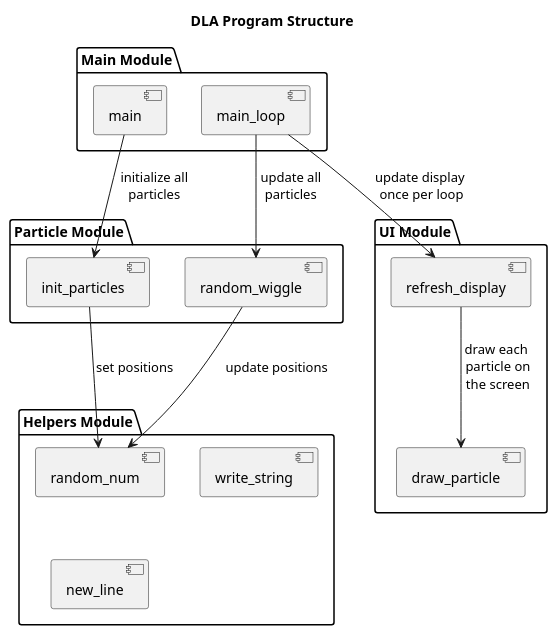
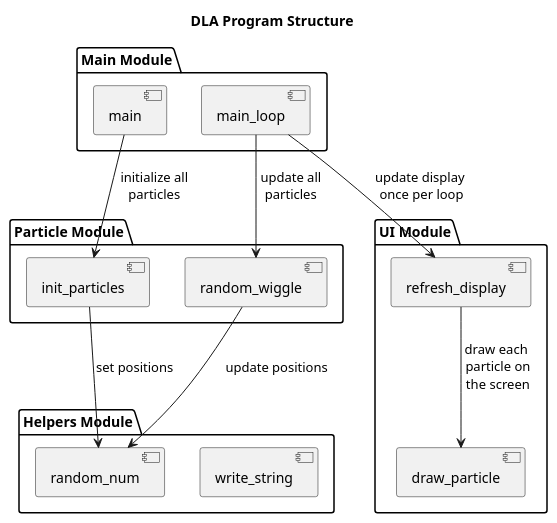
Before and after one commit to travisformayor/assembly_dla: the diagram in diagrams/structure.puml, drawn with PlantUML. The commit also changed 4 other files, not shown here.

```diff
--- a/diagrams/structure.puml
+++ b/diagrams/structure.puml
@@ -1,43 +1,41 @@
 @startuml Structure
 
 title "DLA Program Structure"
 
 together {
   package "Main Module" {
     [main_loop]
     [main]
   }
   
   package "Particle Module" {
     [init_particles]
     [random_wiggle]
   }
   
   package "Helpers Module" {
       [write_string]
       [random_num]
-      [new_line]
   }
 }
 
 package "UI Module" {
   [refresh_display]
   [draw_particle]
 }
 
 ' Main Connections
 main --> init_particles : " initialize all\n particles"
 main_loop --> random_wiggle : " update all\n particles"
 main_loop --> refresh_display : "update display\n once per loop"
 
 ' Particle Connections
 init_particles --> random_num : "set positions"
 random_wiggle --> random_num : " update positions"
 
 ' UI Connections
 refresh_display --> draw_particle : "draw each\n particle on\n the screen"
 
 ' Helpers Connections
-random_num -[Hidden]- new_line
 
 @enduml
```
